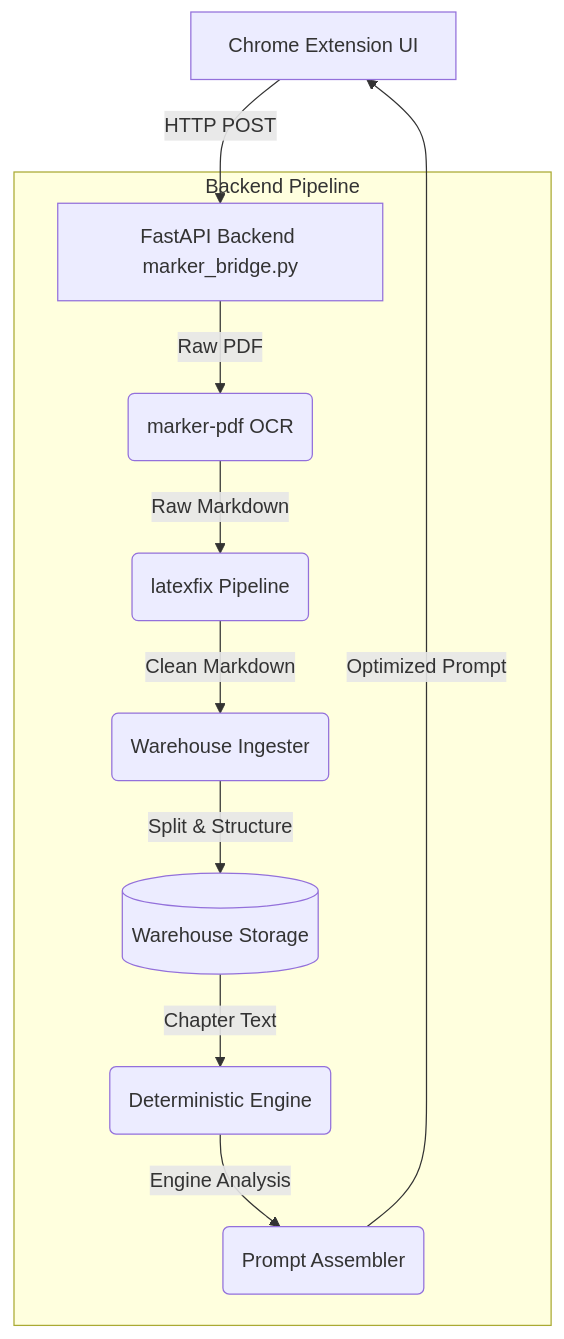
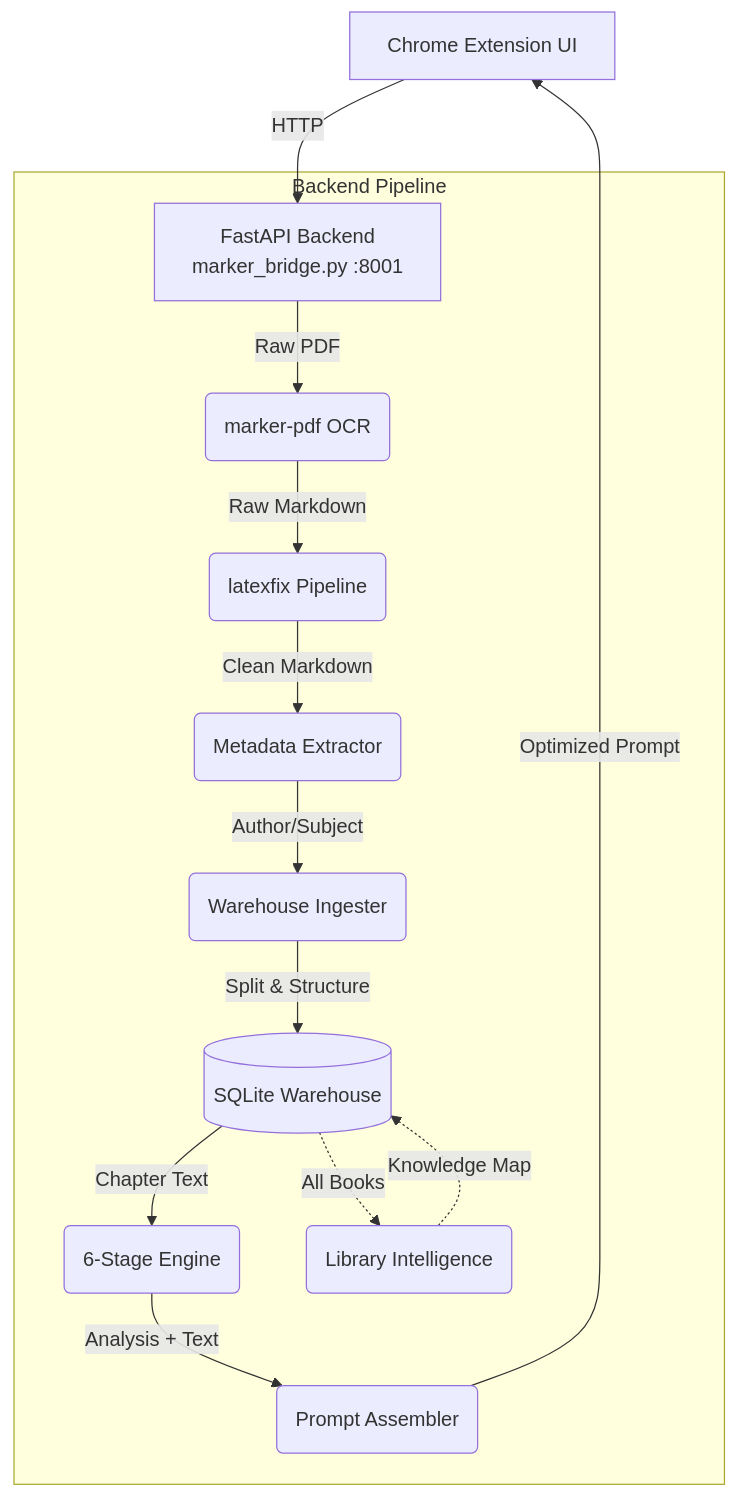
Before and after one commit to fthyco/Knowledge-Graph-Extractor-KGE-: the first of 2 diagrams in README.md, drawn with Mermaid. The commit also changed other lines of this file and 53 other files, not shown here.

Commit message:
Update Knowledge Graph Extractor, SQLite storage, and README

````diff
--- a/README.md
+++ b/README.md
@@ -30,15 +107,18 @@
 ```mermaid
 graph TD
-    A[Chrome Extension UI] -->|HTTP POST| B[FastAPI Backend marker_bridge.py]
+    A[Chrome Extension UI] -->|HTTP| B[FastAPI Backend<br>marker_bridge.py :8001]
     
     subgraph Backend Pipeline
         B -->|Raw PDF| C(marker-pdf OCR)
         C -->|Raw Markdown| D(latexfix Pipeline)
-        D -->|Clean Markdown| E(Warehouse Ingester)
-        E -->|Split & Structure| F[(Warehouse Storage)]
-        F -->|Chapter Text| G(Deterministic Engine)
-        G -->|Engine Analysis| H(Prompt Assembler)
+        D -->|Clean Markdown| M(Metadata Extractor)
+        M -->|Author/Subject| E(Warehouse Ingester)
+        E -->|Split & Structure| F[(SQLite Warehouse)]
+        F -->|Chapter Text| G(6-Stage Engine)
+        G -->|Analysis + Text| H(Prompt Assembler)
+        F -.->|All Books| I(Library Intelligence)
+        I -.->|Knowledge Map| F
     end
     
     H -->|Optimized Prompt| A
 ```
````
